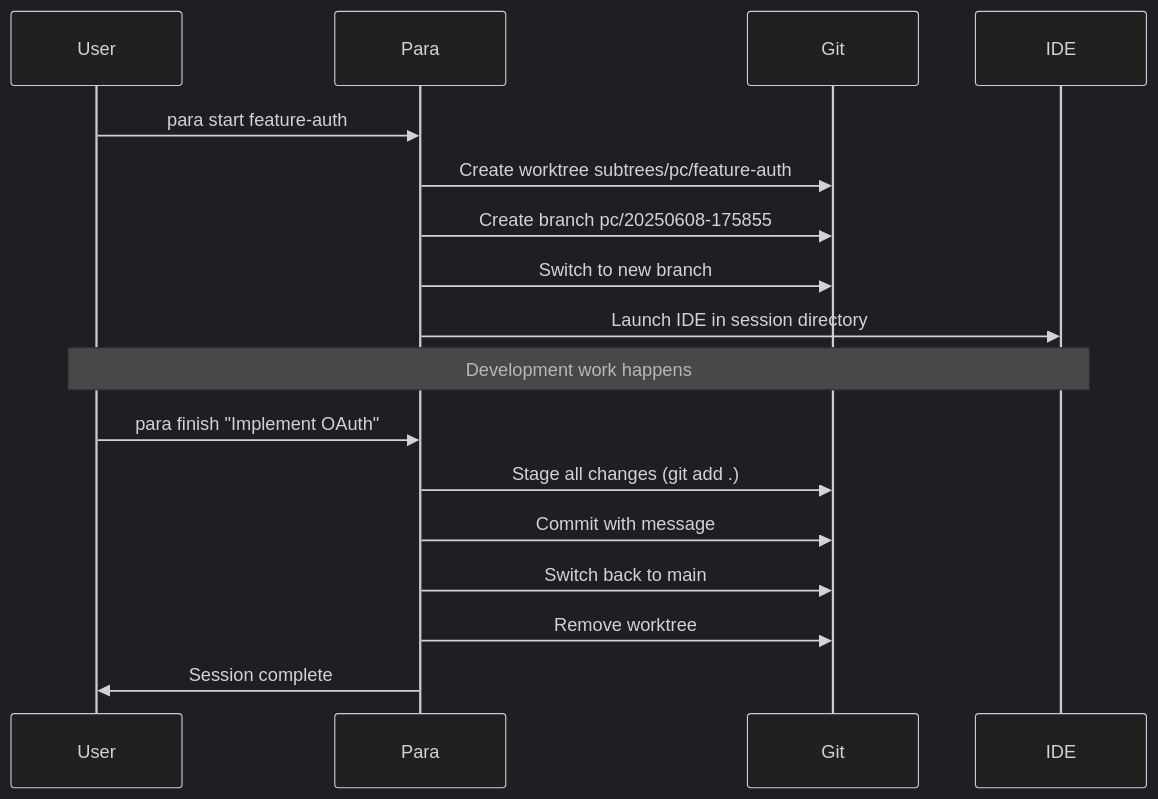
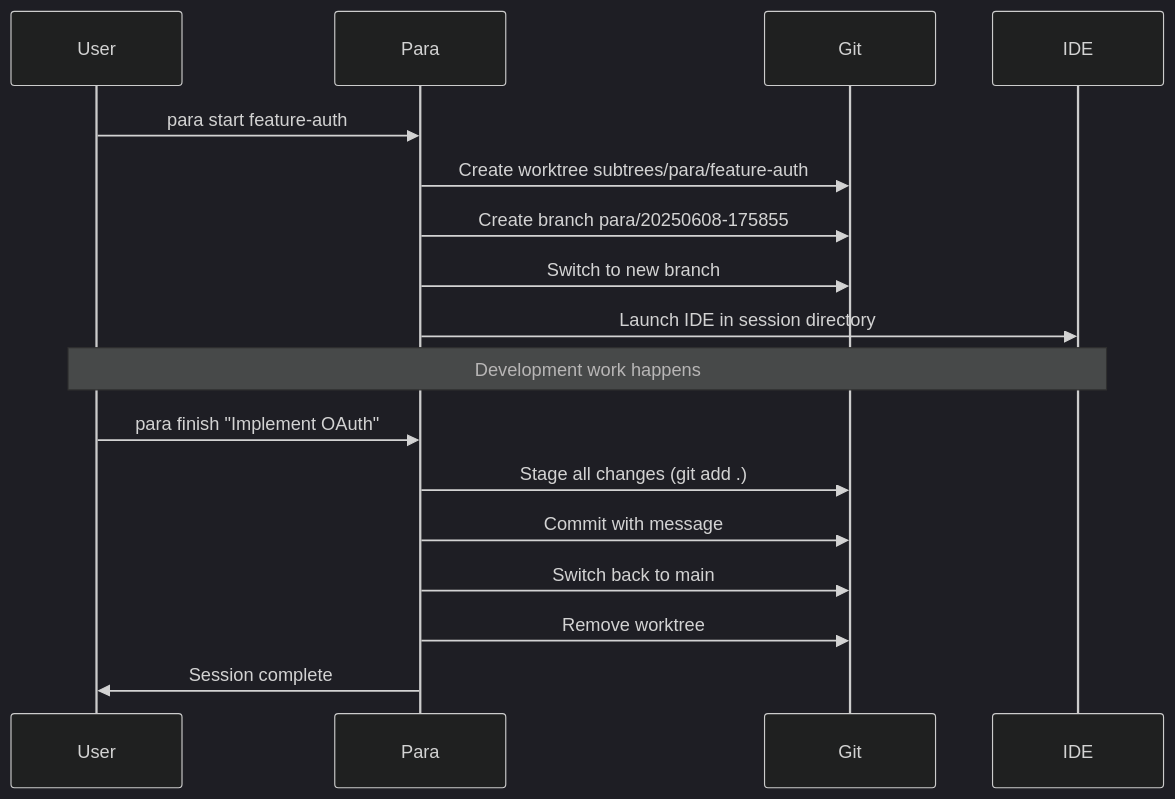
The third of 6 diagrams in docs/WORKFLOW.md (2mawi2/para), drawn with Mermaid (dark theme) before and after one commit. The commit also changed 15 other files, not shown here.

First line of the commit message:
Change default branch prefix from 'pc' to 'para'

````diff
--- a/docs/WORKFLOW.md
+++ b/docs/WORKFLOW.md
@@ -79,22 +79,22 @@
 ```mermaid
 sequenceDiagram
     participant User
     participant Para
     participant Git
     participant IDE
     
     User->>Para: para start feature-auth
-    Para->>Git: Create worktree subtrees/pc/feature-auth
-    Para->>Git: Create branch pc/20250608-175855
+    Para->>Git: Create worktree subtrees/para/feature-auth
+    Para->>Git: Create branch para/20250608-175855
     Para->>Git: Switch to new branch
     Para->>IDE: Launch IDE in session directory
     
     Note over User,IDE: Development work happens
     
     User->>Para: para finish "Implement OAuth"
     Para->>Git: Stage all changes (git add .)
     Para->>Git: Commit with message
     Para->>Git: Switch back to main
     Para->>Git: Remove worktree
     Para->>User: Session complete
 ```
````
